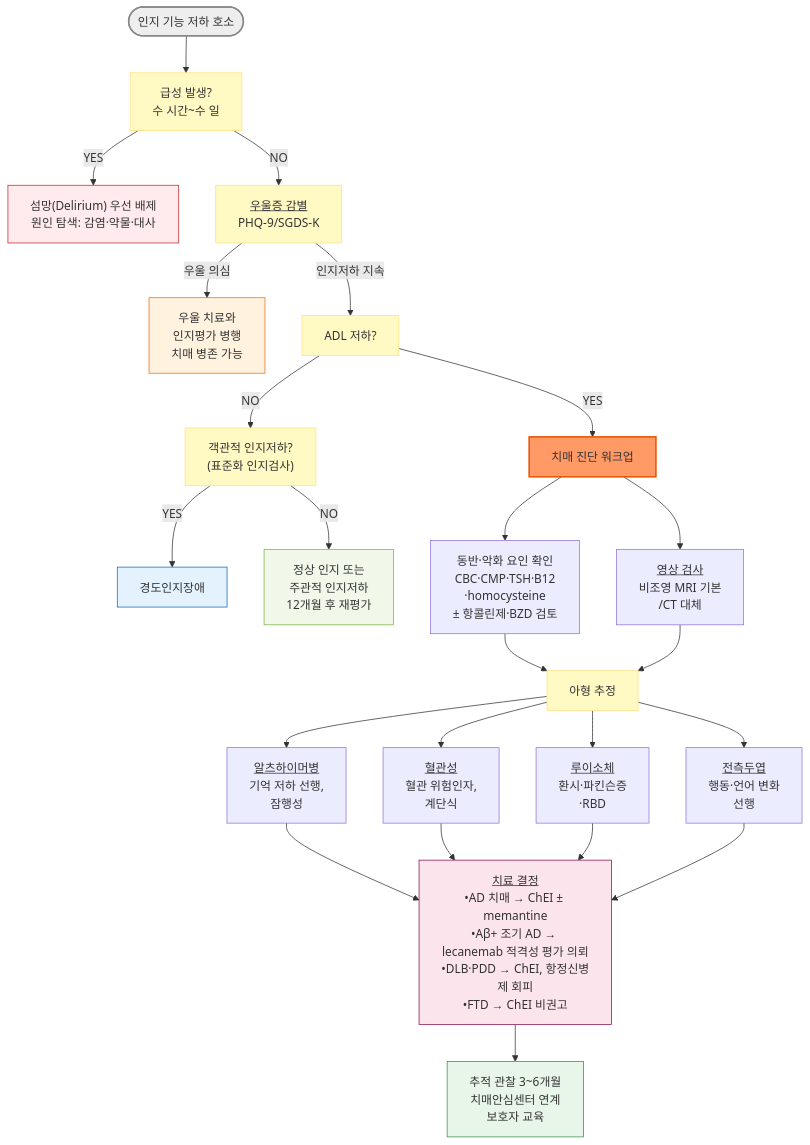
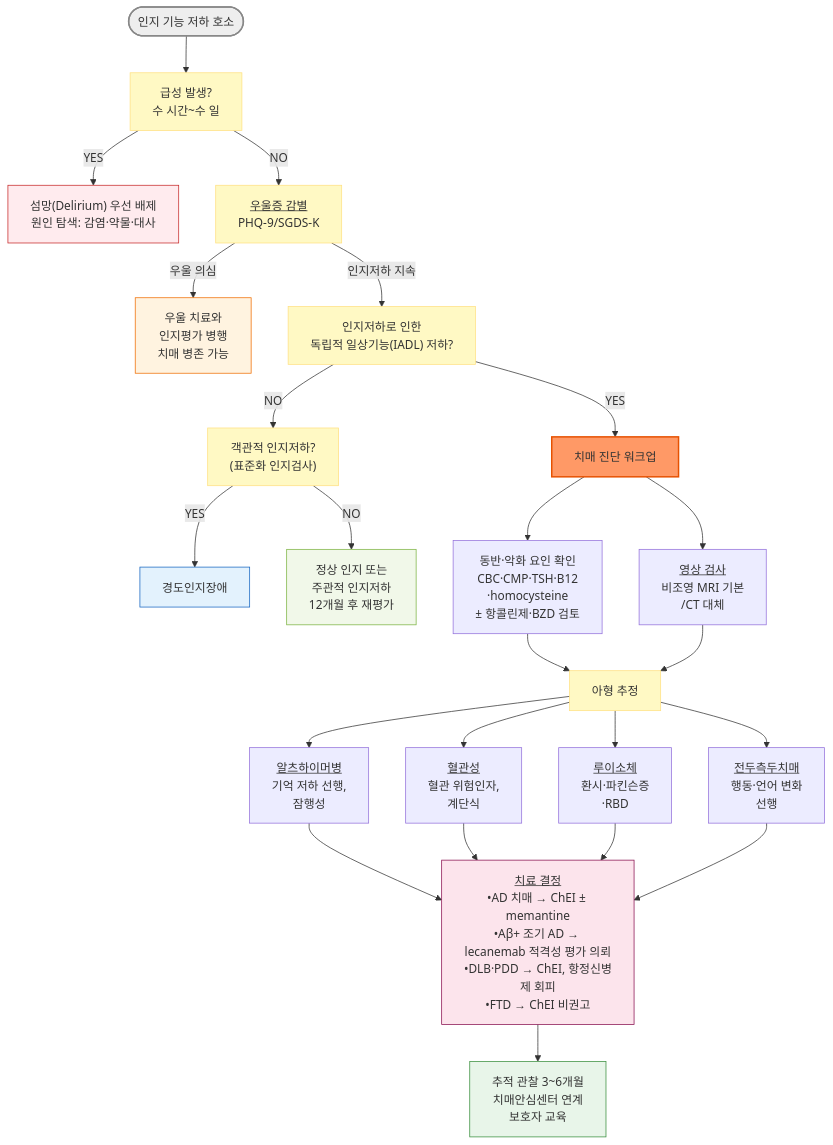
The diagram in 221_/033_-dementia.md (familyoh77/familyoh77), drawn with Mermaid before and after one commit. The commit also changed other lines of this file and 7 other files, not shown here.

````diff
--- a/221_/033_-dementia.md
+++ b/221_/033_-dementia.md
@@ -470,36 +457,36 @@
 ```mermaid
 flowchart TD
     A(["인지 기능 저하 호소"]) --> B["급성 발생?<br/>수 시간~수 일"]
     B -- YES --> C["섬망(Delirium) 우선 배제<br/>원인 탐색: 감염·약물·대사"]
     B -- NO --> D["<u>우울증 감별</u><br/>PHQ-9/SGDS-K"]
     D -- 우울 의심 --> E["우울 치료와 <br/>인지평가 병행<br/>치매 병존 가능"]
-    D -- 인지저하 지속 --> F["ADL 저하?"]
+    D -- 인지저하 지속 --> F["인지저하로 인한<br/>독립적 일상기능(IADL) 저하?"]
     F -- NO --> G2["객관적 인지저하?<br/>(표준화 인지검사)"]
     G2 -- YES --> G["경도인지장애"]
     G2 -- NO --> R["정상 인지 또는<br/>주관적 인지저하<br/>12개월 후 재평가"]
     F -- YES --> H["치매 진단 워크업"]
     H --> I["동반·악화 요인 확인<br/>CBC·CMP·TSH·B12<br/>·homocysteine<br/>± 항콜린제·BZD 검토"]
     H --> J["<u>영상 검사</u><br/>비조영 MRI 기본<br/>/CT 대체"]
     I --> K["아형 추정"]
     J --> K
     K --> L["<u>알츠하이머병</u><br/>기억 저하 선행, <br/>잠행성"]
     K --> M["<u>혈관성</u><br/>혈관 위험인자, <br/>계단식"]
     K --> N["<u>루이소체</u><br/>환시·파킨슨증<br/>·RBD"]
-    K --> O["<u>전측두엽</u><br/>행동·언어 변화 <br/>선행"]
+    K --> O["<u>전두측두치매</u><br/>행동·언어 변화 <br/>선행"]
     L --> P["<u>치료 결정</u><br/>•AD 치매 → ChEI ± memantine<br/>•Aβ+ 조기 AD → lecanemab 적격성 평가 의뢰<br/>•DLB·PDD → ChEI, 항정신병제 회피<br/>•FTD → ChEI 비권고"]
     M --> P
     N --> P
     O --> P
     P --> Q["추적 관찰 3~6개월<br/>치매안심센터 연계<br/>보호자 교육"]
     style A fill:#eeeeee,stroke:#888888,stroke-width:2px
     classDef yellow fill:#fff9c4,stroke:#ffe082
     class B,D,F,G2,K yellow
     style H fill:#f96,stroke:#e65100,stroke-width:2px
     style C fill:#ffebee,stroke:#c62828
     style E fill:#fff3e0,stroke:#ef6c00
     style G fill:#e3f2fd,stroke:#1565c0
     style R fill:#f1f8e9,stroke:#7cb342
     style P fill:#fce4ec,stroke:#880e4f
     style Q fill:#e8f5e9,stroke:#388e3c
 
 ```
````
